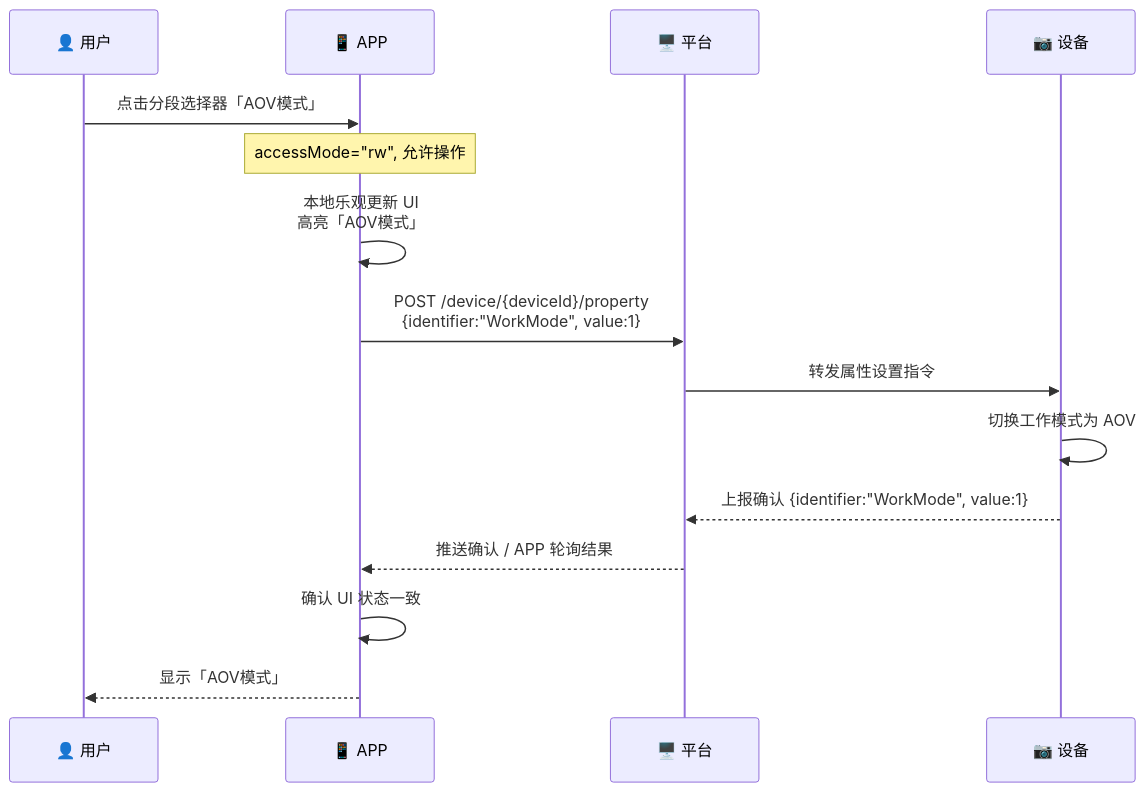
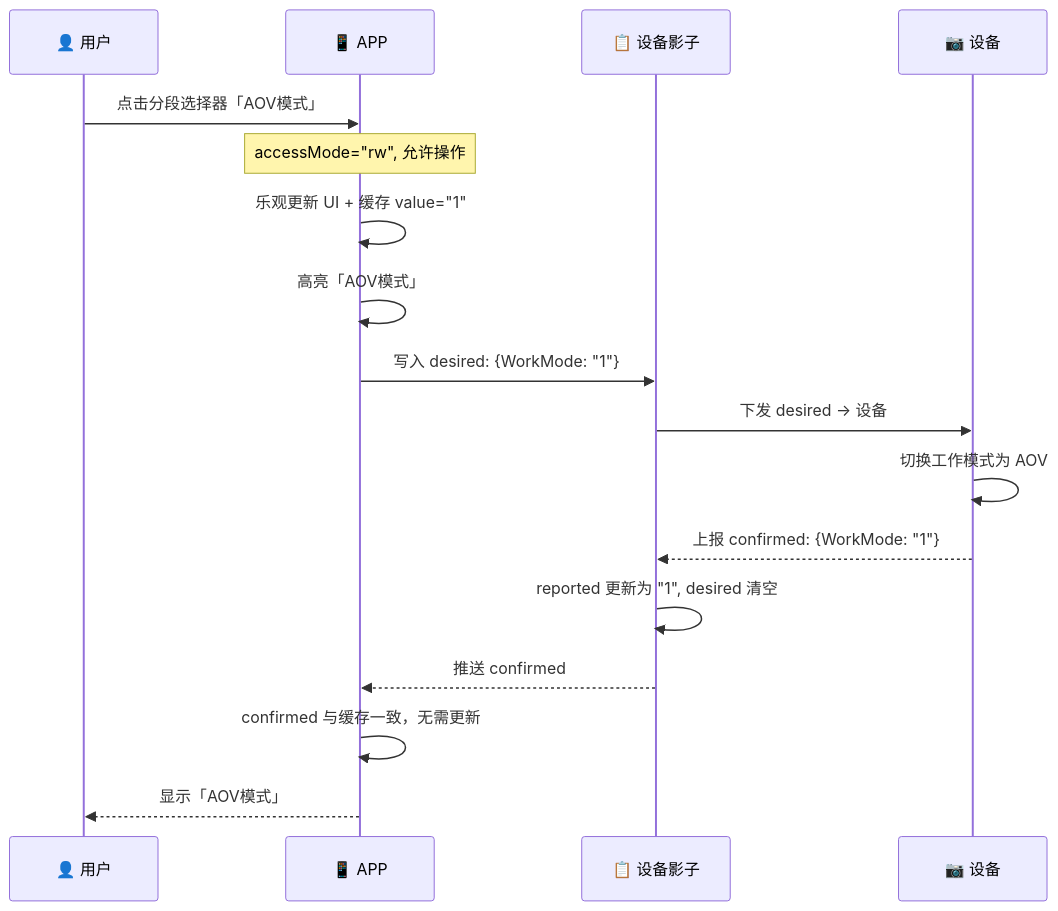
The fourth of 11 diagrams in docs/draft/物模型管理04全链路流程.md (hongtao-l/platform), drawn with Mermaid before and after one commit. The commit also changed other lines of this file and 5 other files, not shown here.

````diff
--- a/docs/draft/物模型管理04全链路流程.md
+++ b/docs/draft/物模型管理04全链路流程.md
@@ -101,22 +183,23 @@
 ```mermaid
 sequenceDiagram
     participant U as 👤 用户
     participant APP as 📱 APP
-    participant Platform as 🖥️ 平台
+    participant Shadow as 📋 设备影子
     participant Device as 📷 设备
 
     U->>APP: 点击分段选择器「AOV模式」
 
     Note over APP: accessMode="rw", 允许操作
-    APP->>APP: 本地乐观更新 UI<br/>高亮「AOV模式」
+    APP->>APP: 乐观更新 UI + 缓存 value="1"
+    APP->>APP: 高亮「AOV模式」
 
-    APP->>Platform: POST /device/{deviceId}/property<br/>{identifier:"WorkMode", value:1}
-    Platform->>Device: 转发属性设置指令
+    APP->>Shadow: 写入 desired: {WorkMode: "1"}
+    Shadow->>Device: 下发 desired → 设备
+    Device->>Device: 切换工作模式为 AOV
+    Device-->>Shadow: 上报 confirmed: {WorkMode: "1"}
+    Shadow->>Shadow: reported 更新为 "1", desired 清空
+    Shadow-->>APP: 推送 confirmed
 
-    Device->>Device: 切换工作模式为 AOV
-    Device-->>Platform: 上报确认 {identifier:"WorkMode", value:1}
-    Platform-->>APP: 推送确认 / APP 轮询结果
-
-    APP->>APP: 确认 UI 状态一致
+    APP->>APP: confirmed 与缓存一致，无需更新
     APP-->>U: 显示「AOV模式」
 ```
````
